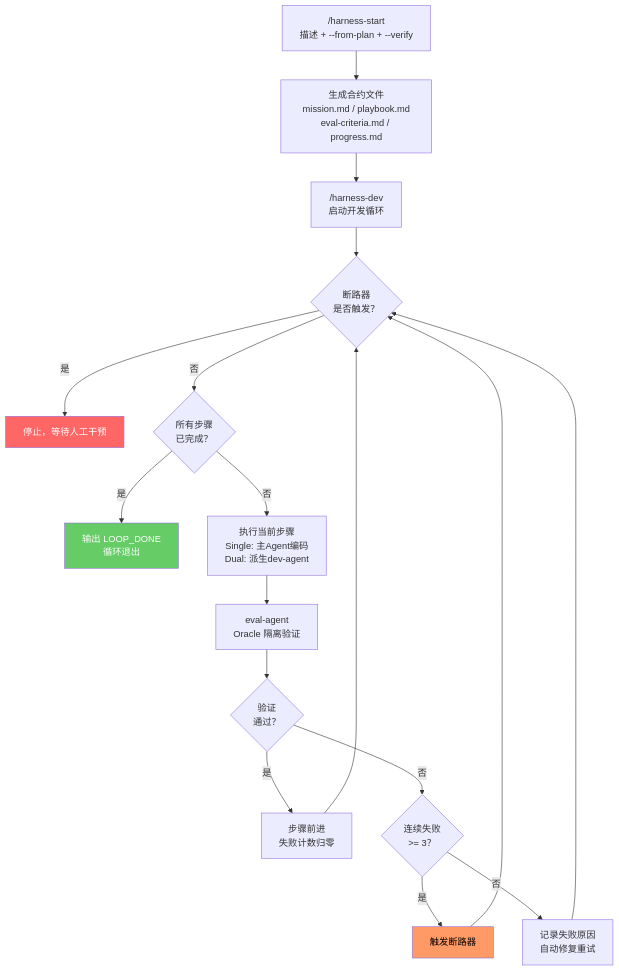
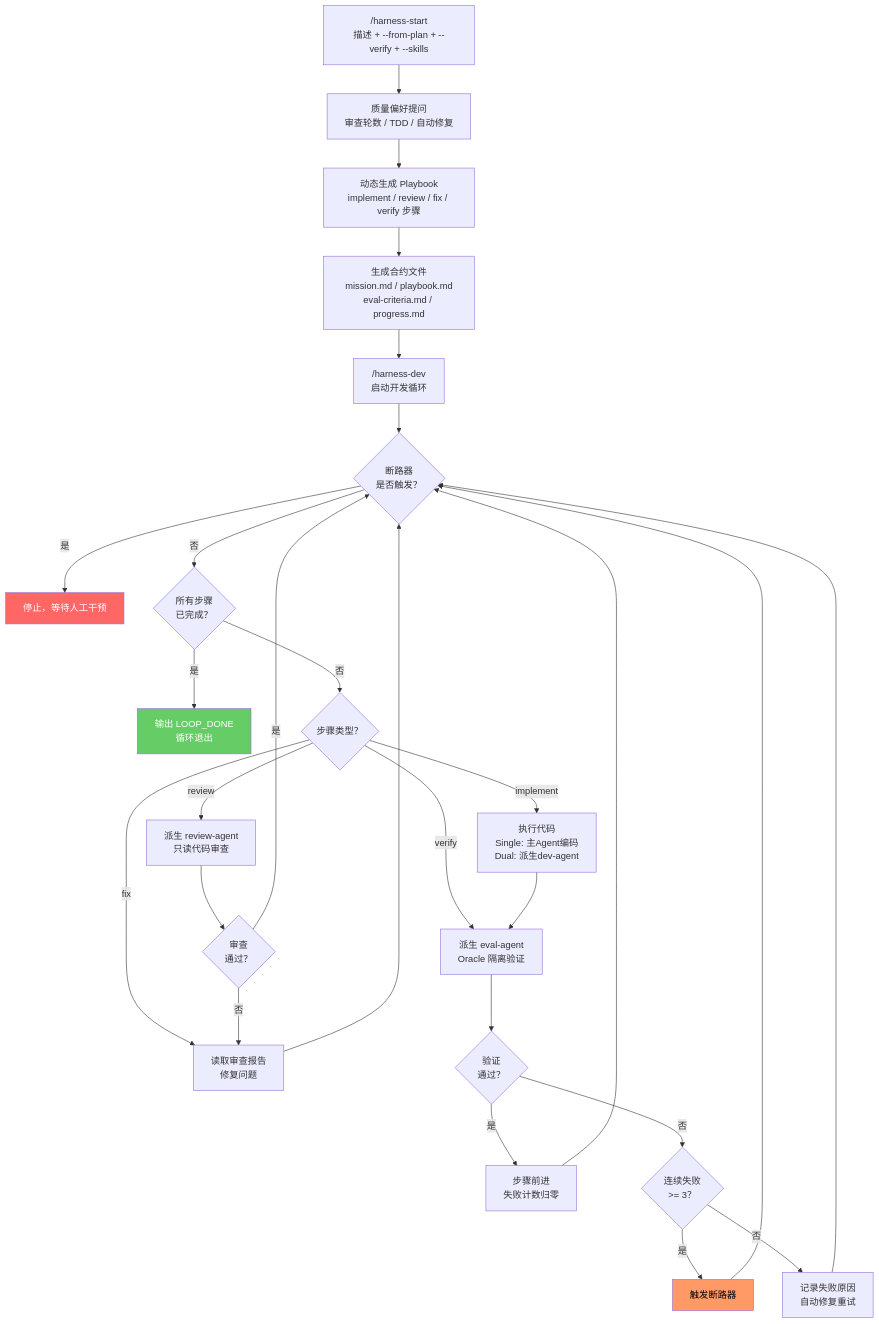
Before and after one commit to Luck9Star/OpenHarness-For-ClaudeCode: the diagram in README.md, drawn with Mermaid. The commit also changed other lines of this file and 9 other files, not shown here.

First line of the commit message:
feat: dynamic workflow generation, review agent, skill injection

````diff
--- a/README.md
+++ b/README.md
@@ -184,23 +223,33 @@
 ```mermaid
 flowchart TD
-    A["/harness-start<br/>描述 + --from-plan + --verify"] --> B["生成合约文件<br/>mission.md / playbook.md<br/>eval-criteria.md / progress.md"]
-    B --> C["/harness-dev<br/>启动开发循环"]
-    C --> D{"断路器<br/>是否触发？"}
-    D -- 是 --> STOP["停止，等待人工干预"]
-    D -- 否 --> E{"所有步骤<br/>已完成？"}
-    E -- 是 --> F["输出 LOOP_DONE<br/>循环退出"]
-    E -- 否 --> G["执行当前步骤<br/>Single: 主Agent编码<br/>Dual: 派生dev-agent"]
-    G --> H["eval-agent<br/>Oracle 隔离验证"]
-    H --> I{"验证<br/>通过？"}
-    I -- 是 --> J["步骤前进<br/>失败计数归零"]
-    I -- 否 --> K{"连续失败<br/>>= 3？"}
-    K -- 是 --> L["触发断路器"]
-    L --> D
-    K -- 否 --> M["记录失败原因<br/>自动修复重试"]
-    M --> D
-    J --> D
+    A["/harness-start<br/>描述 + --from-plan + --verify + --skills"] --> B["质量偏好提问<br/>审查轮数 / TDD / 自动修复"]
+    B --> C["动态生成 Playbook<br/>implement / review / fix / verify 步骤"]
+    C --> D["生成合约文件<br/>mission.md / playbook.md<br/>eval-criteria.md / progress.md"]
+    D --> E["/harness-dev<br/>启动开发循环"]
+    E --> F{"断路器<br/>是否触发？"}
+    F -- 是 --> STOP["停止，等待人工干预"]
+    F -- 否 --> G{"所有步骤<br/>已完成？"}
+    G -- 是 --> H["输出 LOOP_DONE<br/>循环退出"]
+    G -- 否 --> H2{"步骤类型？"}
+    H2 -- implement --> I["执行代码<br/>Single: 主Agent编码<br/>Dual: 派生dev-agent"]
+    H2 -- review --> J["派生 review-agent<br/>只读代码审查"]
+    H2 -- fix --> K["读取审查报告<br/>修复问题"]
+    H2 -- verify --> L["派生 eval-agent<br/>Oracle 隔离验证"]
+    I --> L
+    J --> M{"审查<br/>通过？"}
+    M -- 是 --> F
+    M -- 否 --> K
+    K --> F
+    L --> N{"验证<br/>通过？"}
+    N -- 是 --> O["步骤前进<br/>失败计数归零"]
+    N -- 否 --> P{"连续失败<br/>>= 3？"}
+    P -- 是 --> Q["触发断路器"]
+    Q --> F
+    P -- 否 --> R["记录失败原因<br/>自动修复重试"]
+    R --> F
+    O --> F
 
     style STOP fill:#f66,color:#fff
-    style F fill:#6c6,color:#fff
-    style L fill:#f96,color:#000
+    style H fill:#6c6,color:#fff
+    style Q fill:#f96,color:#000
 ```
````
